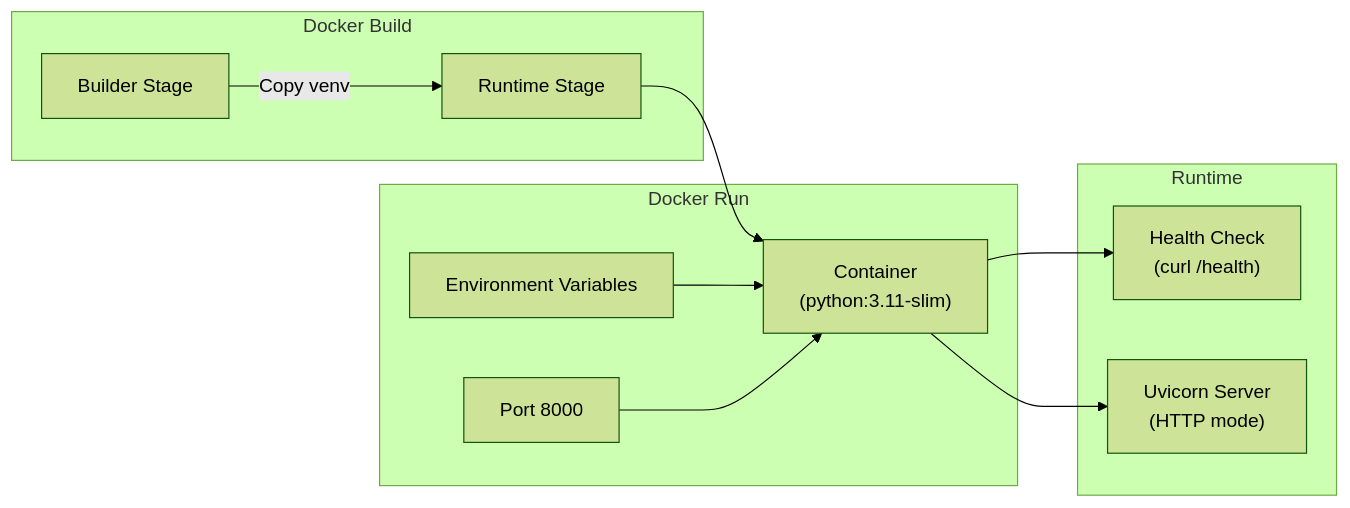
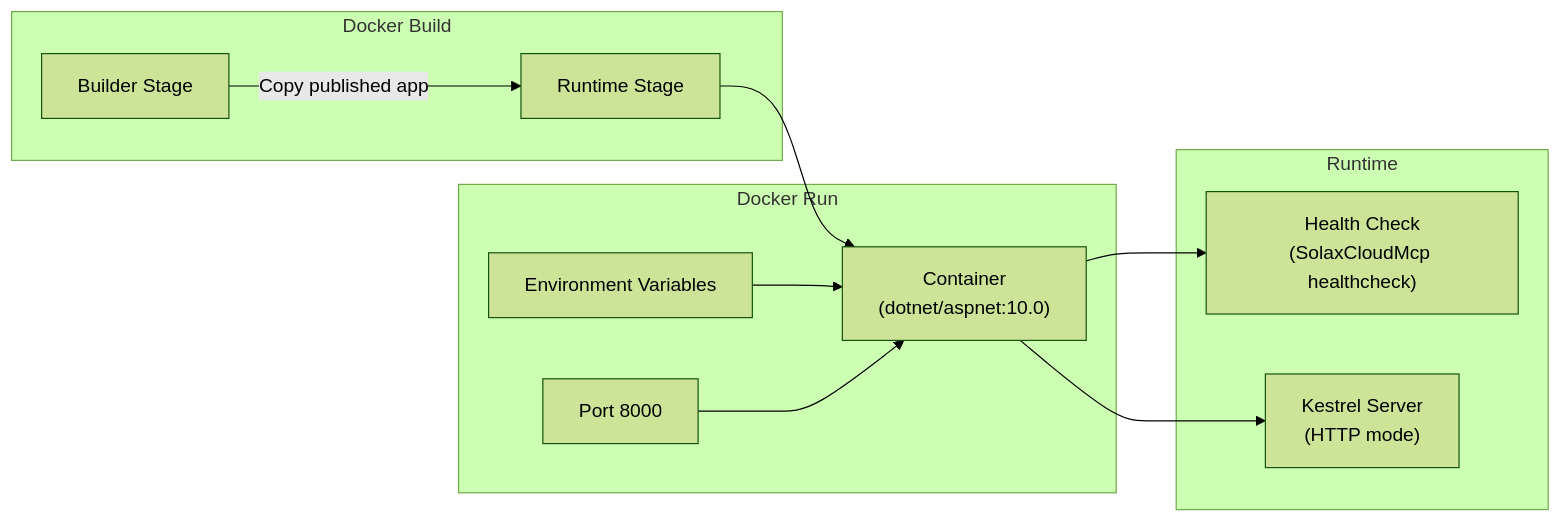
Diagram 11 of 12 in ARCHITECTURE.md (tomkor/solax-cloud-mcp), drawn with Mermaid (forest theme) before and after one commit. The commit also changed other lines of this file and 73 other files, not shown here.

````diff
--- a/ARCHITECTURE.md
+++ b/ARCHITECTURE.md
@@ -580,25 +586,25 @@
 ```mermaid
 graph LR
     subgraph "Docker Build"
         B1["Builder Stage"]
         B2["Runtime Stage"]
-        B1 -->|Copy venv| B2
+        B1 -->|Copy published app| B2
     end
     
     subgraph "Docker Run"
-        Container["Container<br/>(python:3.11-slim)"]
+        Container["Container<br/>(dotnet/aspnet:10.0)"]
         Env["Environment Variables"]
         Port["Port 8000"]
     end
     
     subgraph "Runtime"
-        HC["Health Check<br/>(curl /health)"]
-        Server["Uvicorn Server<br/>(HTTP mode)"]
+        HC["Health Check<br/>(SolaxCloudMcp healthcheck)"]
+        Server["Kestrel Server<br/>(HTTP mode)"]
     end
     
     B2 --> Container
     Env --> Container
     Port --> Container
     Container --> HC
     Container --> Server
 ```
````
